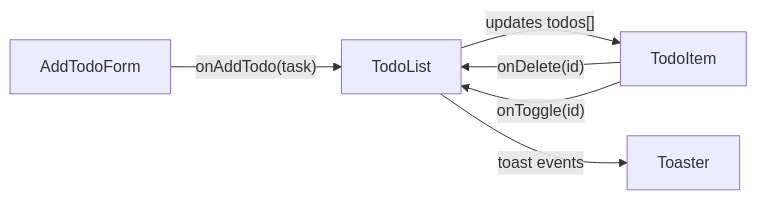
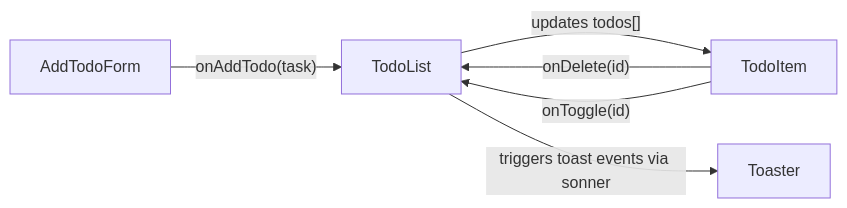
The second of 2 diagrams in README.md (Hyptofon/todo_list), drawn with Mermaid before and after one commit. The commit also changed other lines of this file, not shown here.

````diff
--- a/README.md
+++ b/README.md
@@ -55,9 +55,9 @@
 ```mermaid
 flowchart LR
     A[AddTodoForm] -- "onAddTodo(task)" --> B[TodoList]
     B -- "updates todos[]" --> C[TodoItem]
     C -- "onDelete(id)" --> B
     C -- "onToggle(id)" --> B
-    B -- "toast events" --> D[Toaster]
+    B -- "triggers toast events via sonner" --> D[Toaster]
 
 ```
````
